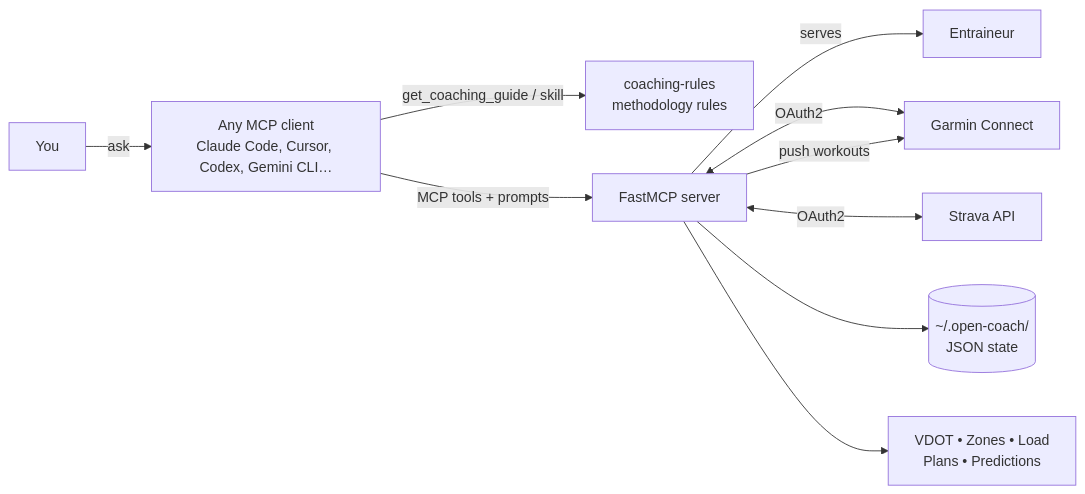
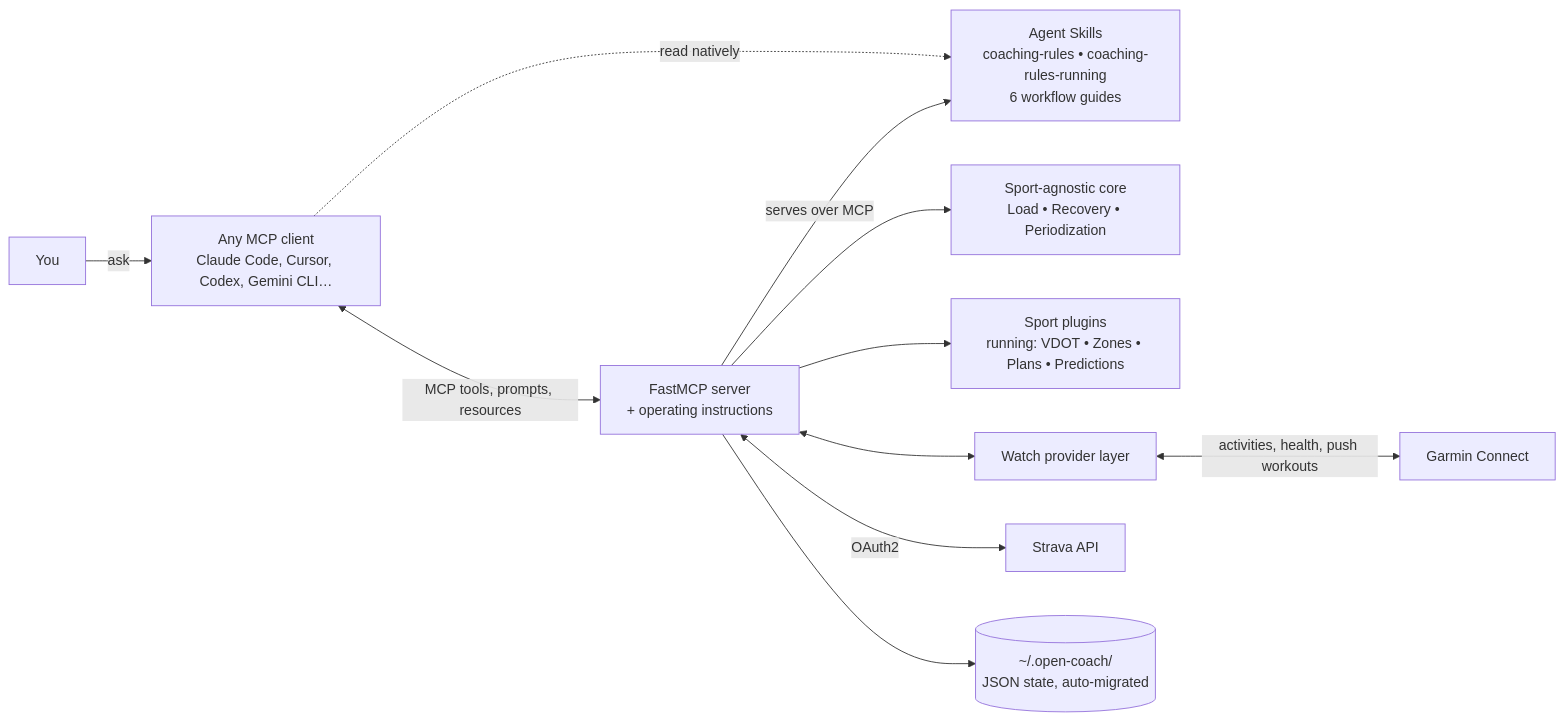
Before and after one commit to d474b3r9/open-coach: the diagram in README.md, drawn with Mermaid. The commit also changed other lines of this file, not shown here.

Commit message:
docs(readme): update architecture diagram (#22)
The "How it works" diagram still showed the old `entraineur` skill node
and Garmin wired straight to the server. Redraw it to match the current
architecture: watch provider layer in front of Garmin Connect, sport-agnostic
core and sport plugins as separate blocks, Agent Skills (coaching-rules,
coaching-rules-running, workflow guides) read natively or served over MCP.

Also split the rules bullet into universal and per-sport guides.

````diff
--- a/README.md
+++ b/README.md
@@ -16,12 +16,13 @@
 ```mermaid
 flowchart LR
     User[You] -->|"ask"| Client[Any MCP client<br/>Claude Code, Cursor, Codex, Gemini CLI…]
-    Client -->|get_coaching_guide / skill| Rules[coaching-rules<br/>methodology rules]
-    Client -->|MCP tools + prompts| Server[FastMCP server]
-    Server -->|serves| Entraineur
-    Server <-->|OAuth2| Garmin[Garmin Connect]
+    Client <-->|"MCP tools, prompts, resources"| Server[FastMCP server<br/>+ operating instructions]
+    Client -.->|"read natively"| Guides[Agent Skills<br/>coaching-rules • coaching-rules-running<br/>6 workflow guides]
+    Server -->|"serves over MCP"| Guides
+    Server --> Core[Sport-agnostic core<br/>Load • Recovery • Periodization]
+    Server --> Sports[Sport plugins<br/>running: VDOT • Zones • Plans • Predictions]
+    Server <--> Provider[Watch provider layer]
+    Provider <-->|"activities, health, push workouts"| Garmin[Garmin Connect]
     Server <-->|OAuth2| Strava[Strava API]
-    Server --> Storage[(~/.open-coach/<br/>JSON state)]
-    Server --> Compute[VDOT • Zones • Load<br/>Plans • Predictions]
-    Server -->|push workouts| Garmin
+    Server --> Storage[(~/.open-coach/<br/>JSON state, auto-migrated)]
 ```
````
